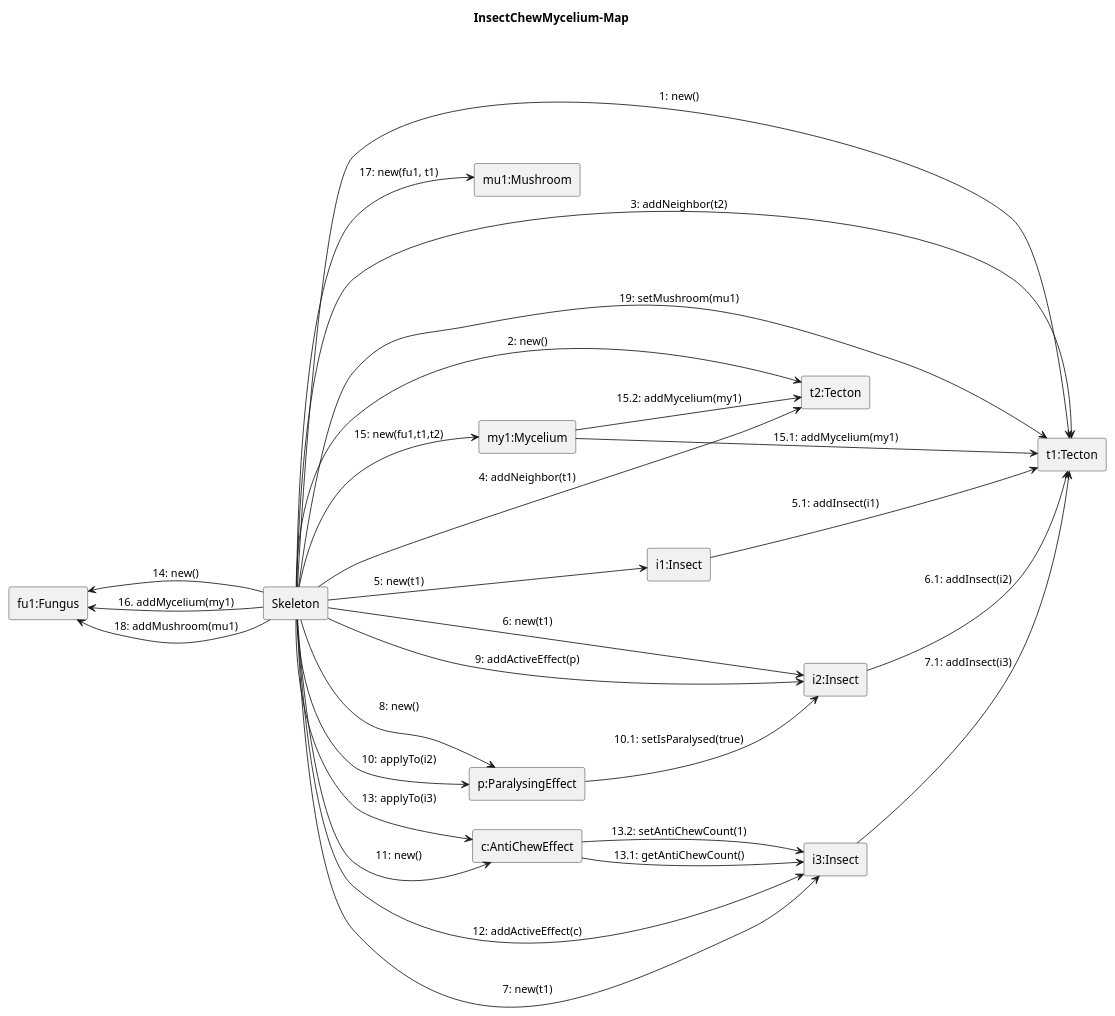
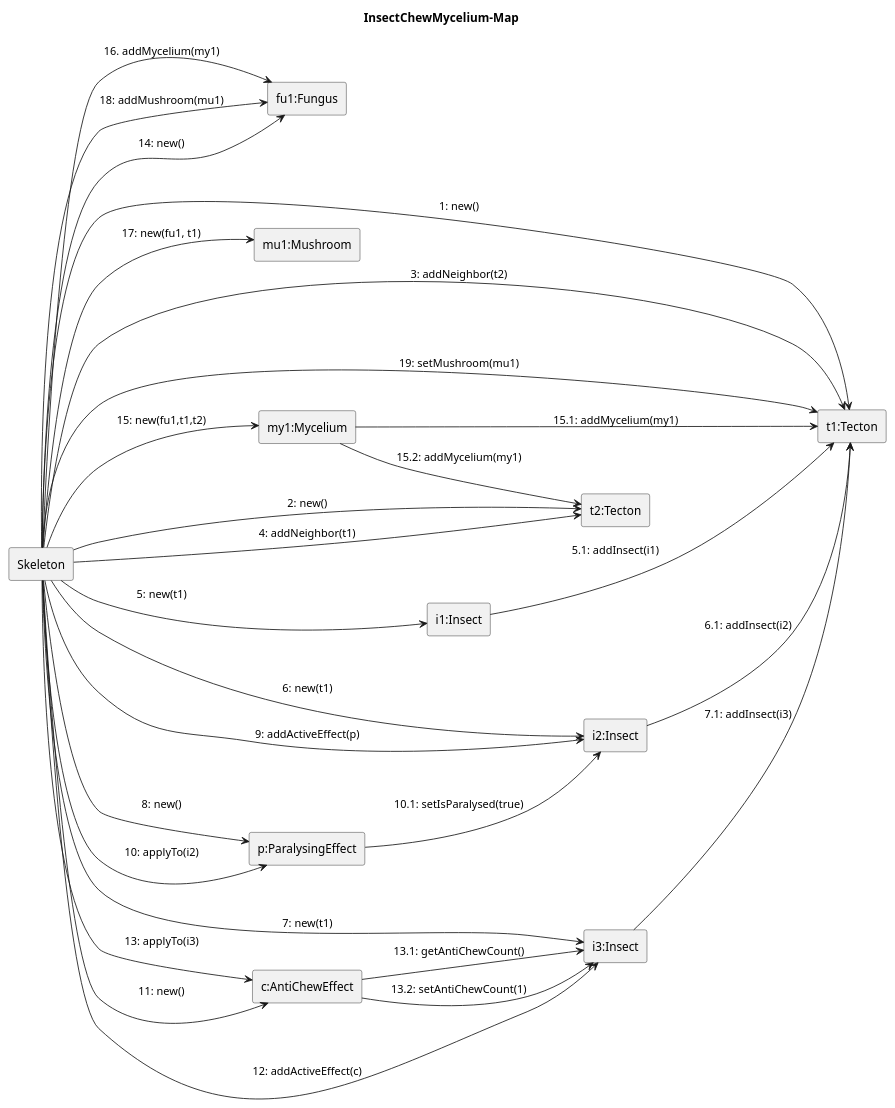
One commit to ZD4ve/projlab-error521 changed the diagram in Skeleton/Insect-chew-mycelium/map.pu. Above: the diagram before and after it, drawn with PlantUML. The commit also changed 3 other files, not shown here.

Commit message:
optimize diagrams

```diff
--- a/Skeleton/Insect-chew-mycelium/map.pu
+++ b/Skeleton/Insect-chew-mycelium/map.pu
@@ -1,55 +1,55 @@
 @startuml Insect-chew-mycelium/map 
 left to right direction
 
 title InsectChewMycelium-Map
 
 rectangle Skeleton as S 
 
 rectangle "fu1:Fungus" as fu1
 rectangle "my1:Mycelium" as my1
 rectangle "mu1:Mushroom" as mu1
 rectangle "t1:Tecton" as t1
 rectangle "t2:Tecton" as t2
 rectangle "i1:Insect" as i1
 rectangle "i2:Insect" as i2
 rectangle "i3:Insect" as i3
 rectangle "p:ParalysingEffect" as p
 rectangle "c:AntiChewEffect" as c
 
 S --> t1: 1: new()
 S --> t2: 2: new()
 S --> t1: 3: addNeighbor(t2)
 S --> t2: 4: addNeighbor(t1)
 
 S --> i1 : 5: new(t1)
 i1 --> t1 : 5.1: addInsect(i1)
 S --> i2 : 6: new(t1)
 i2 --> t1 : 6.1: addInsect(i2)
 S --> i3 : 7: new(t1)
 i3 --> t1 : 7.1: addInsect(i3)
 
 S --> p : 8: new()
 S --> i2 : 9: addActiveEffect(p)
 S --> p : 10: applyTo(i2)
 p --> i2 : 10.1: setIsParalysed(true)
 
 S --> c : 11: new()
 S --> i3 : 12: addActiveEffect(c)
 S --> c : 13: applyTo(i3)
 c --> i3 : 13.1: getAntiChewCount()
 c --> i3 : 13.2: setAntiChewCount(1)
 
 
 
-S -left-> fu1: 14: new()
+S --> fu1: 14: new()
 S --> my1: 15: new(fu1,t1,t2)
 my1 --> t1 : 15.1: addMycelium(my1)
 my1 --> t2 : 15.2: addMycelium(my1)
 S --> fu1: 16. addMycelium(my1)
 
 S --> mu1: 17: new(fu1, t1)
 S --> fu1: 18: addMushroom(mu1)
 S --> t1: 19: setMushroom(mu1)
 
 
 @enduml
```
